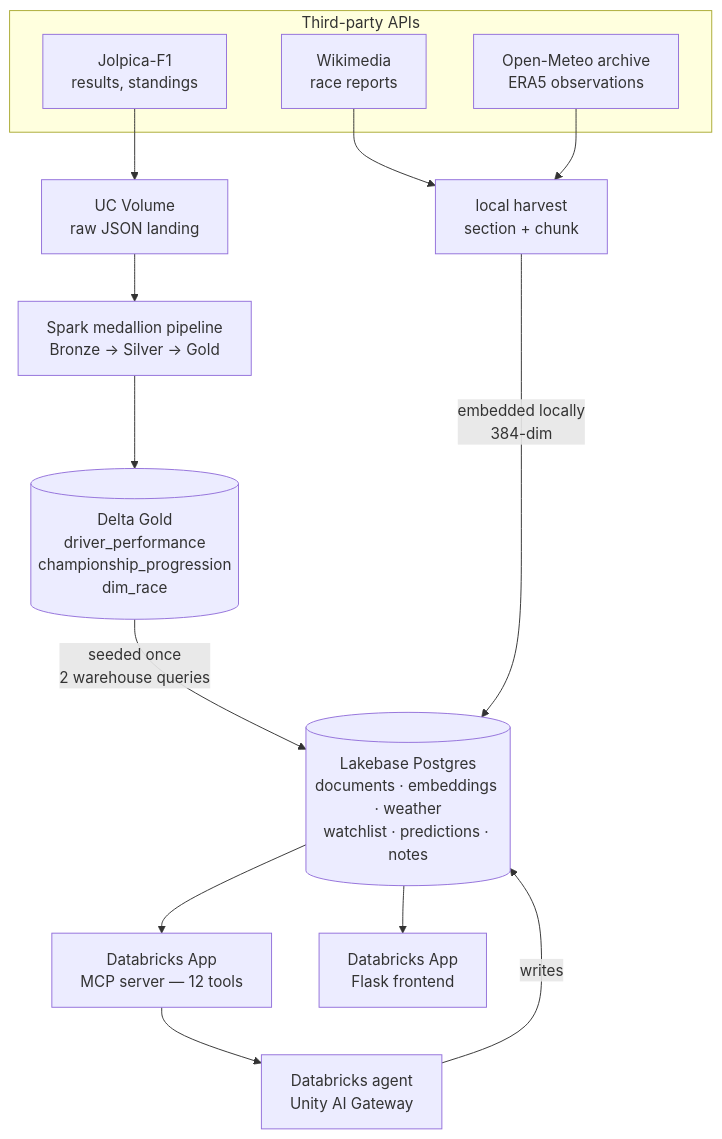
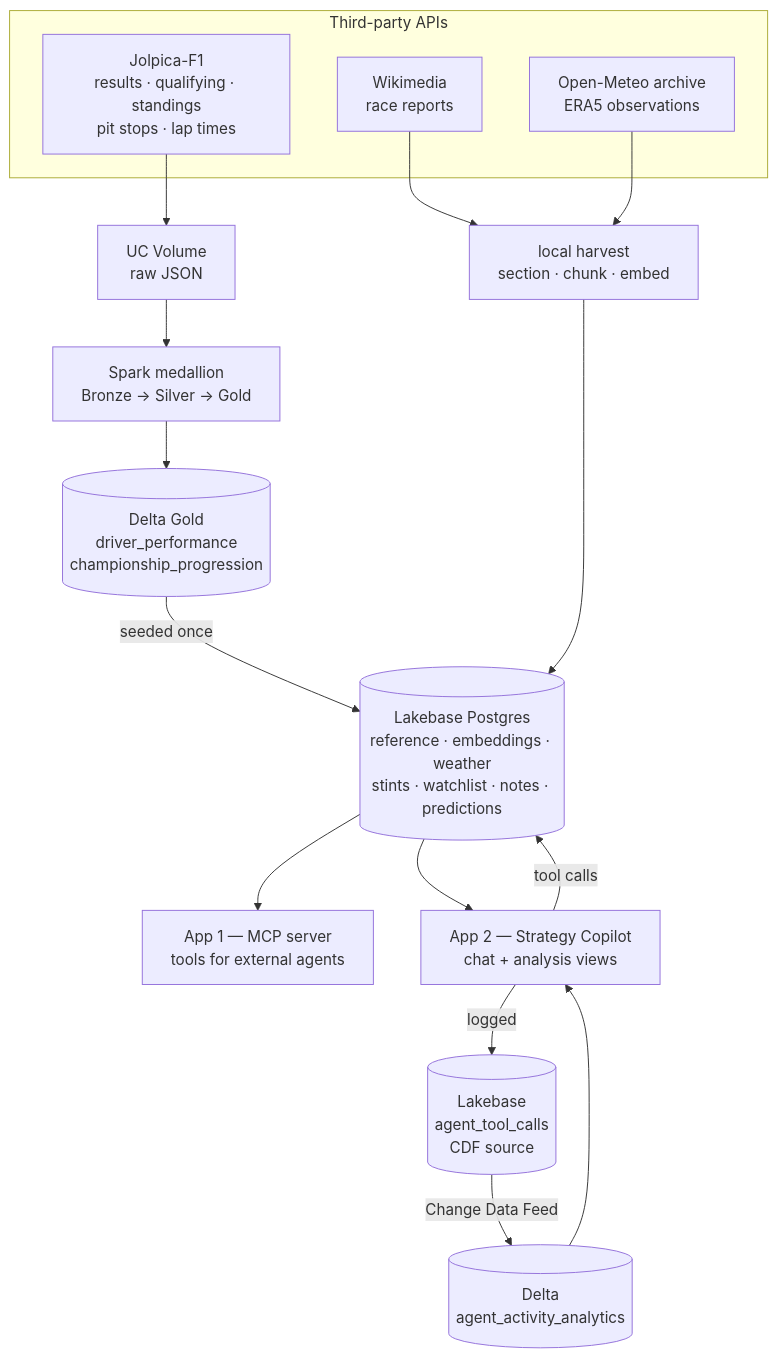
Before and after one commit to abhibastia/f1-strategy-copilot: the diagram in DESIGN.md, drawn with Mermaid. The commit also changed other lines of this file, not shown here.

````diff
--- a/DESIGN.md
+++ b/DESIGN.md
@@ -34,24 +79,24 @@
 ```mermaid
 flowchart TB
     subgraph SRC["Third-party APIs"]
-        J["Jolpica-F1<br/>results, standings"]
+        J["Jolpica-F1<br/>results · qualifying · standings<br/>pit stops · lap times"]
         W["Wikimedia<br/>race reports"]
         O["Open-Meteo archive<br/>ERA5 observations"]
     end
 
-    J --> LAND["UC Volume<br/>raw JSON landing"]
-    LAND --> PIPE["Spark medallion pipeline<br/>Bronze → Silver → Gold"]
-    PIPE --> GOLD[("Delta Gold<br/>driver_performance<br/>championship_progression<br/>dim_race")]
+    J --> LAND["UC Volume<br/>raw JSON"] --> PIPE["Spark medallion<br/>Bronze → Silver → Gold"]
+    PIPE --> GOLD[("Delta Gold<br/>driver_performance<br/>championship_progression")]
 
-    GOLD -- "seeded once<br/>2 warehouse queries" --> LB
-    W --> HARV["local harvest<br/>section + chunk"]
+    GOLD -- "seeded once" --> LB
+    W --> HARV["local harvest<br/>section · chunk · embed"] --> LB
     O --> HARV
-    HARV -- "embedded locally<br/>384-dim" --> LB
 
-    LB[("Lakebase Postgres<br/>documents · embeddings · weather<br/>watchlist · predictions · notes")]
+    LB[("Lakebase Postgres<br/>reference · embeddings · weather<br/>stints · watchlist · notes · predictions")]
 
-    LB --> MCP["Databricks App<br/>MCP server — 12 tools"]
-    MCP --> AGENT["Databricks agent<br/>Unity AI Gateway"]
-    LB --> UI["Databricks App<br/>Flask frontend"]
-    AGENT -- "writes" --> LB
+    LB --> MCP["App 1 — MCP server<br/>tools for external agents"]
+    LB --> UI["App 2 — Strategy Copilot<br/>chat + analysis views"]
+    UI -- "tool calls" --> LB
+    UI -- "logged" --> CDF[("Lakebase<br/>agent_tool_calls<br/>CDF source")]
+    CDF -- "Change Data Feed" --> DELTA[("Delta<br/>agent_activity_analytics")]
+    DELTA --> UI
 ```
````
